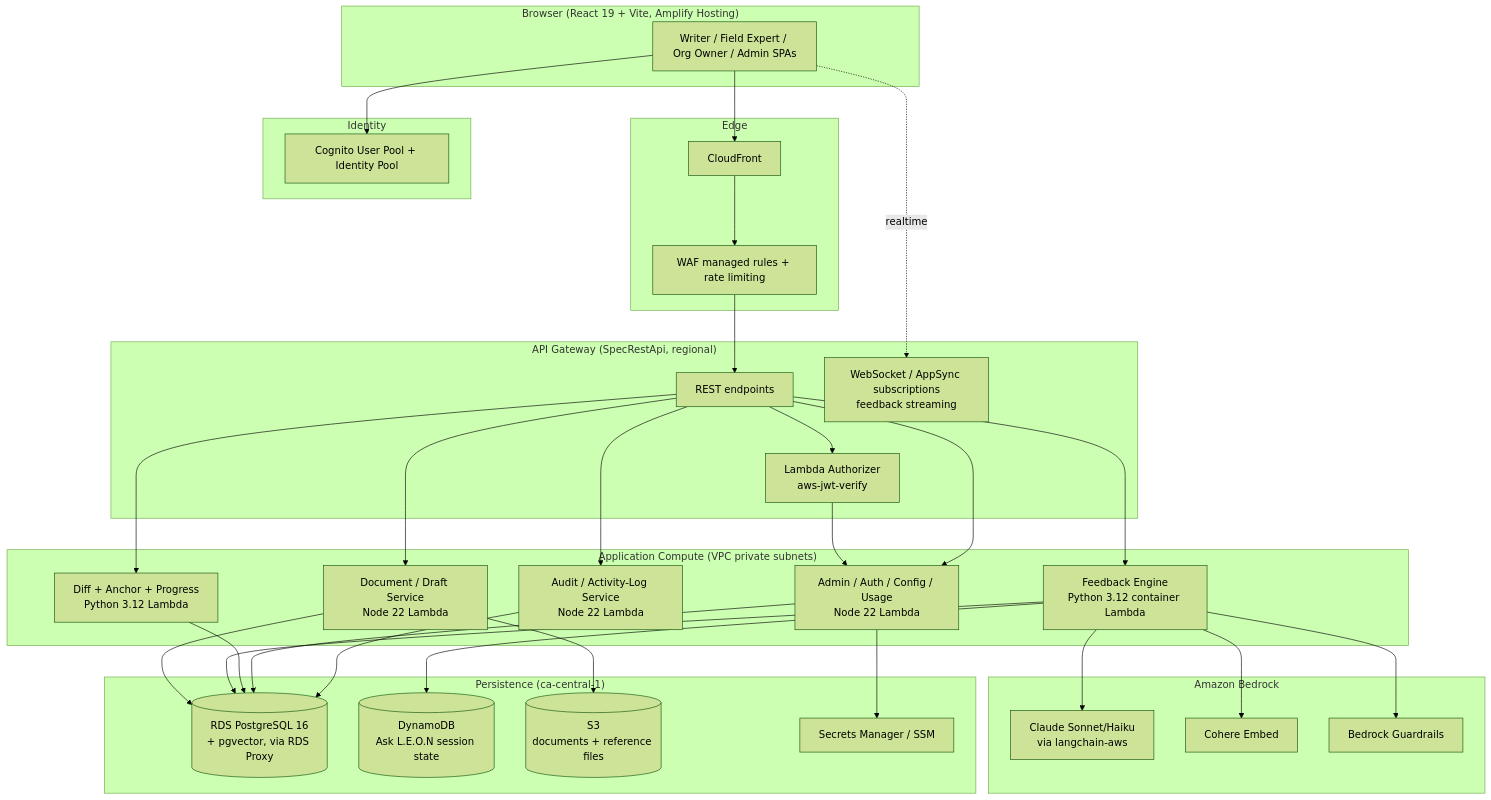
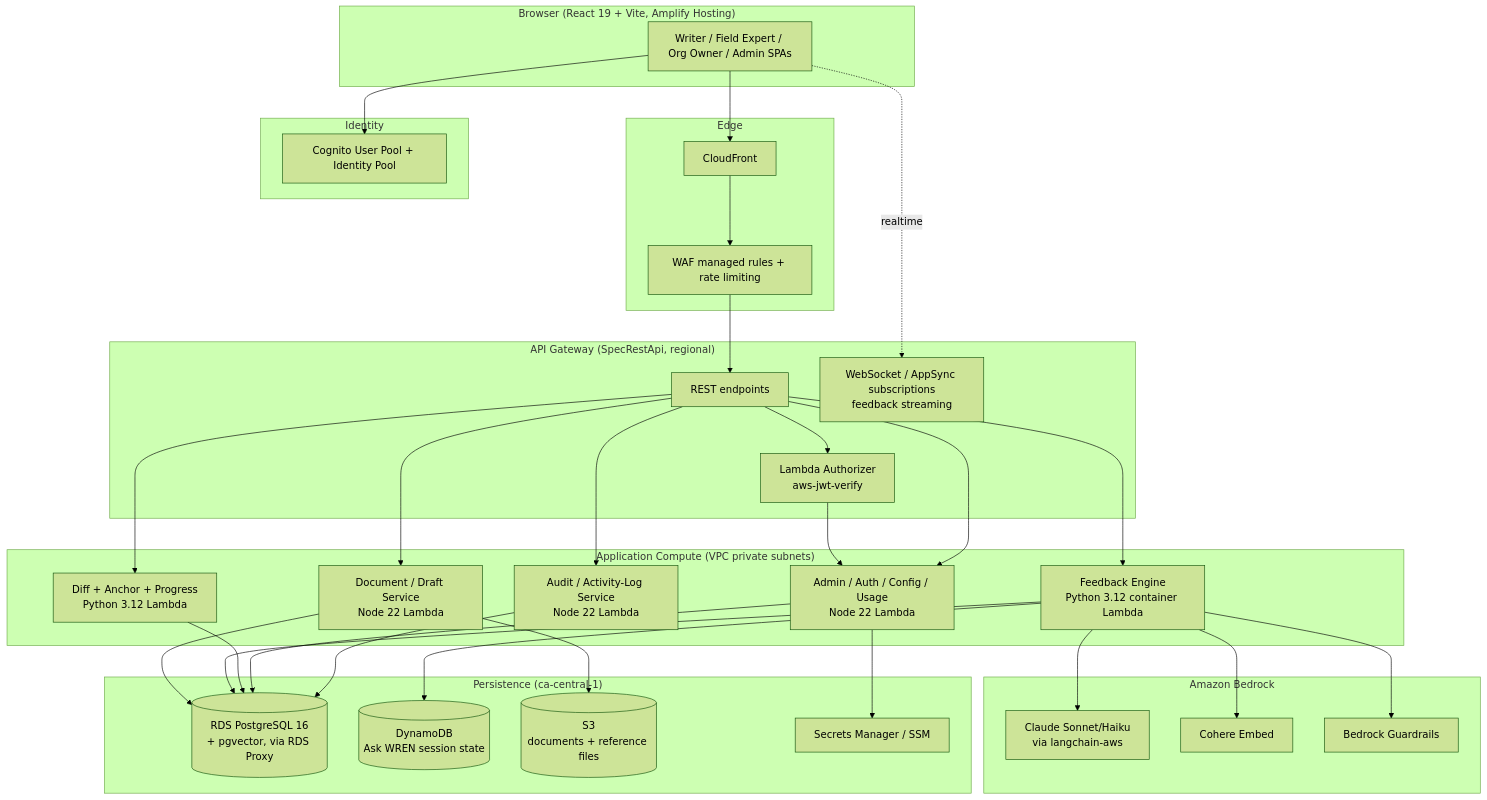
The first of 4 diagrams in .kiro/specs/leon-writing-coach/design.md (Owen-Wangg/WREN), drawn with Mermaid (forest theme) before and after one commit. The commit also changed other lines of this file and 1 other file, not shown here.

````diff
--- a/.kiro/specs/leon-writing-coach/design.md
+++ b/.kiro/specs/leon-writing-coach/design.md
@@ -28,55 +28,55 @@
 ```mermaid
 graph TB
     subgraph Client["Browser (React 19 + Vite, Amplify Hosting)"]
         UI[Writer / Field Expert / Org Owner / Admin SPAs]
     end
 
     subgraph Edge["Edge"]
         CF[CloudFront]
         WAF[WAF managed rules + rate limiting]
     end
 
     subgraph Auth["Identity"]
         COG[Cognito User Pool + Identity Pool]
     end
 
     subgraph API["API Gateway (SpecRestApi, regional)"]
         AUTHZ[Lambda Authorizer<br/>aws-jwt-verify]
         REST[REST endpoints]
         WS[WebSocket / AppSync subscriptions<br/>feedback streaming]
     end
 
     subgraph Compute["Application Compute (VPC private subnets)"]
         DOCSVC[Document / Draft Service<br/>Node 22 Lambda]
         FBENG[Feedback Engine<br/>Python 3.12 container Lambda]
         DIFF[Diff + Anchor + Progress<br/>Python 3.12 Lambda]
         ADMINSVC[Admin / Auth / Config / Usage<br/>Node 22 Lambda]
         AUDIT[Audit / Activity-Log Service<br/>Node 22 Lambda]
     end
 
     subgraph AI["Amazon Bedrock"]
         CLAUDE[Claude Sonnet/Haiku<br/>via langchain-aws]
         EMBED[Cohere Embed]
         GUARD[Bedrock Guardrails]
     end
 
     subgraph Data["Persistence (ca-central-1)"]
         RDS[(RDS PostgreSQL 16<br/>+ pgvector, via RDS Proxy)]
-        DDB[(DynamoDB<br/>Ask L.E.O.N session state)]
+        DDB[(DynamoDB<br/>Ask WREN session state)]
         S3[(S3<br/>documents + reference files)]
         SM[Secrets Manager / SSM]
     end
 
     UI --> CF --> WAF --> REST
     UI -.realtime.-> WS
     UI --> COG
     REST --> AUTHZ
     AUTHZ --> ADMINSVC
     REST --> DOCSVC & FBENG & DIFF & ADMINSVC & AUDIT
     DOCSVC --> S3 & RDS
     FBENG --> CLAUDE & EMBED & GUARD & RDS
     DIFF --> RDS
     ADMINSVC --> RDS & SM
     AUDIT --> RDS
     FBENG --> DDB
 ```
````
